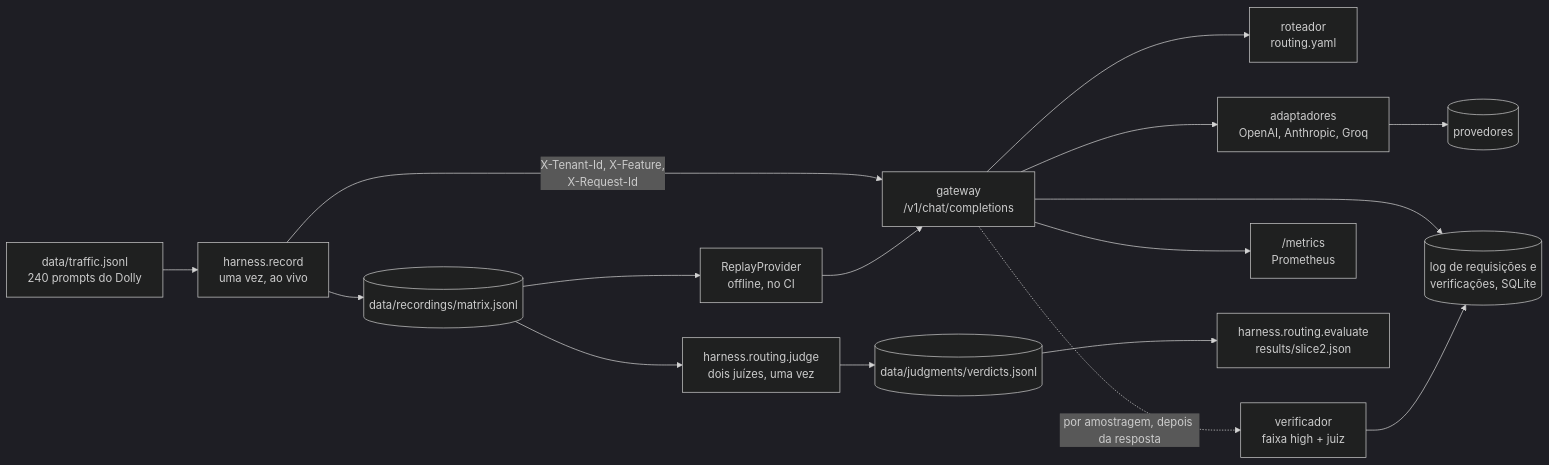
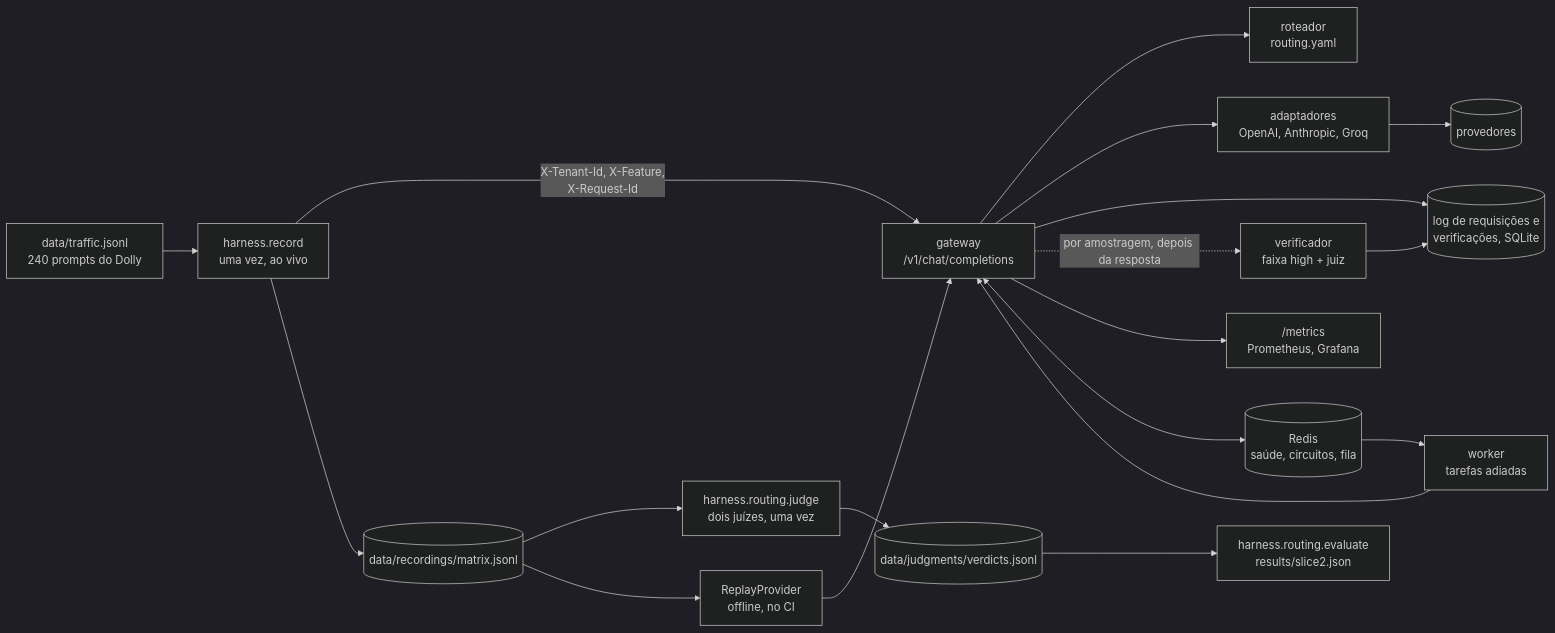
The diagram in README.pt-br.md (yagosamu/llm-gateway), drawn with Mermaid (dark theme) before and after one commit. The commit also changed other lines of this file and 1 other file, not shown here.

````diff
--- a/README.pt-br.md
+++ b/README.pt-br.md
@@ -74,18 +110,21 @@
 ```mermaid
 flowchart LR
     T["data/traffic.jsonl<br/>240 prompts do Dolly"] --> R["harness.record<br/>uma vez, ao vivo"]
     R -- "X-Tenant-Id, X-Feature,<br/>X-Request-Id" --> G["gateway<br/>/v1/chat/completions"]
     G --> RT["roteador<br/>routing.yaml"]
     G --> AD["adaptadores<br/>OpenAI, Anthropic, Groq"]
     AD --> P[("provedores")]
     G --> L[("log de requisições e<br/>verificações, SQLite")]
     G -. "por amostragem, depois da resposta" .-> V["verificador<br/>faixa high + juiz"]
     V --> L
-    G --> M["/metrics<br/>Prometheus"]
+    G --> M["/metrics<br/>Prometheus, Grafana"]
+    G <--> RD[("Redis<br/>saúde, circuitos, fila")]
+    RD --> WK["worker<br/>tarefas adiadas"]
+    WK --> G
     R --> X[("data/recordings/matrix.jsonl")]
     X --> J["harness.routing.judge<br/>dois juízes, uma vez"]
     J --> VD[("data/judgments/verdicts.jsonl")]
     X --> RP["ReplayProvider<br/>offline, no CI"]
     RP --> G
     VD --> EV["harness.routing.evaluate<br/>results/slice2.json"]
 ```
````
